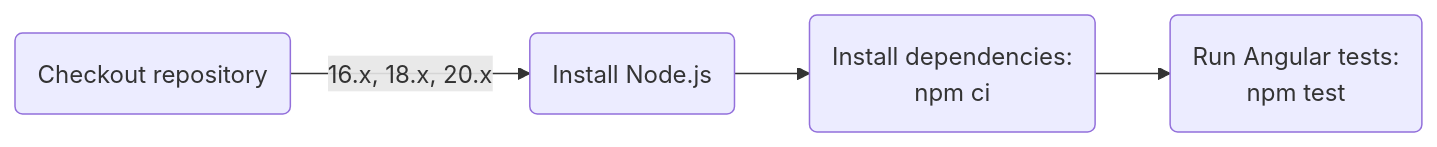
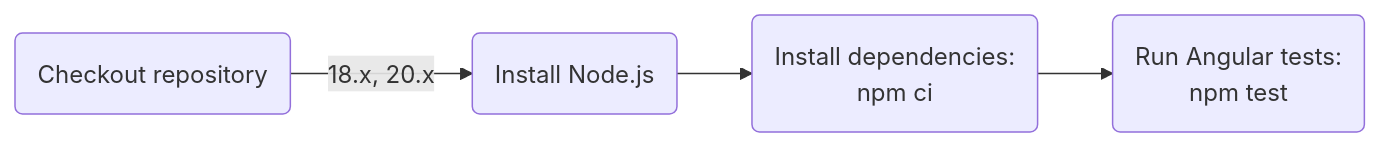
The first of 3 diagrams in README.md (Abhiek187/ez-recipes-web), drawn with Mermaid before and after one commit. The commit also changed 2 other files, not shown here.

Commit message:
Remove Node 16 from tests

````diff
--- a/README.md
+++ b/README.md
@@ -37,7 +37,7 @@
 ```mermaid
 flowchart LR
 
-A(Checkout repository) -->|16.x, 18.x, 20.x| B(Install Node.js)
+A(Checkout repository) -->|18.x, 20.x| B(Install Node.js)
 B --> C(Install dependencies:\nnpm ci)
 C --> D(Run Angular tests:\nnpm test)
 ```
````
